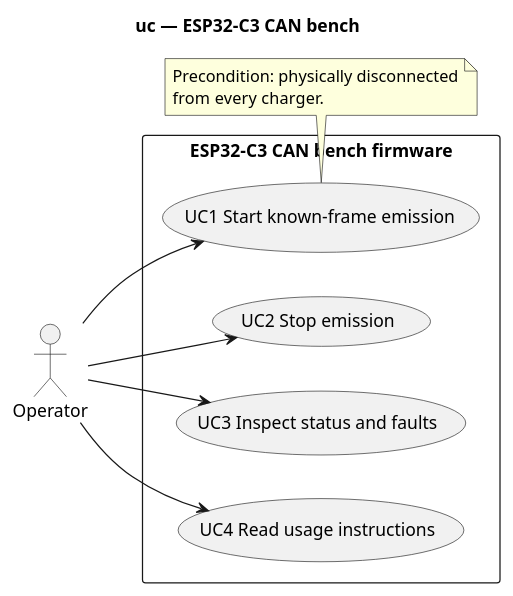
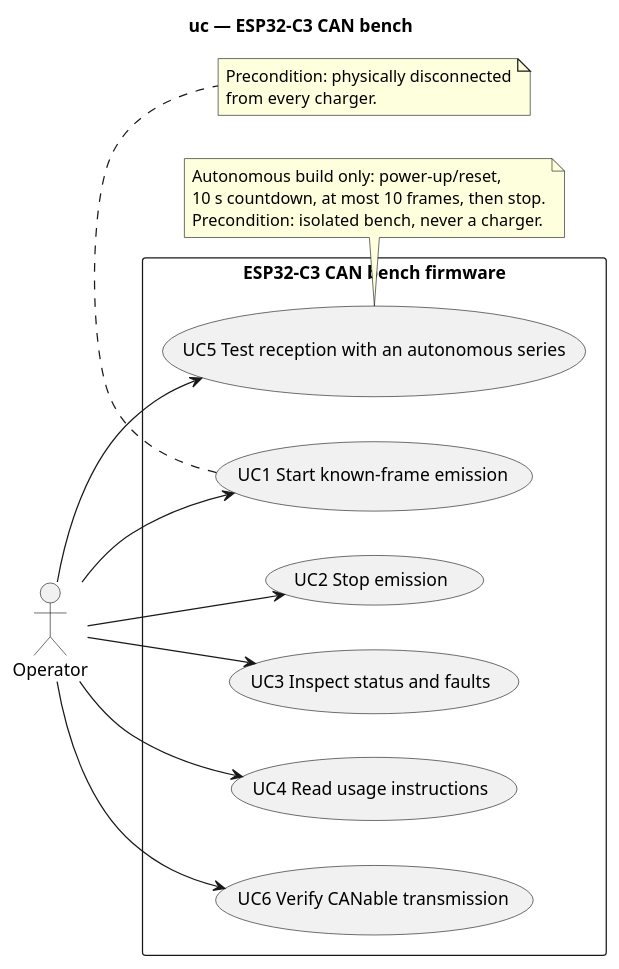
The diagram in docs/architecture/diagrams/esp32c3-can-bench/01-use-case.puml (benoit-bremaud/can-sniffer), drawn with PlantUML before and after one commit. The commit also changed 24 other files, not shown here.

First line of the commit message:
docs(architecture): design bench profiles and button tests

```diff
--- a/docs/architecture/diagrams/esp32c3-can-bench/01-use-case.puml
+++ b/docs/architecture/diagrams/esp32c3-can-bench/01-use-case.puml
@@ -1,19 +1,28 @@
 @startuml
 title uc — ESP32-C3 CAN bench
 left to right direction
 actor Operator
 rectangle "ESP32-C3 CAN bench firmware" {
   usecase "UC1 Start known-frame emission" as Start
   usecase "UC2 Stop emission" as Stop
   usecase "UC3 Inspect status and faults" as Status
   usecase "UC4 Read usage instructions" as Help
+  usecase "UC5 Test reception with an autonomous series" as Burst
+  usecase "UC6 Verify CANable transmission" as Receive
 }
 Operator --> Start
 Operator --> Stop
 Operator --> Status
 Operator --> Help
+Operator --> Burst
+Operator --> Receive
+note bottom of Burst
+Autonomous build only: power-up/reset,
+10 s countdown, at most 10 frames, then stop.
+Precondition: isolated bench, never a charger.
+end note
 note bottom of Start
 Precondition: physically disconnected
 from every charger.
 end note
 @enduml
```
